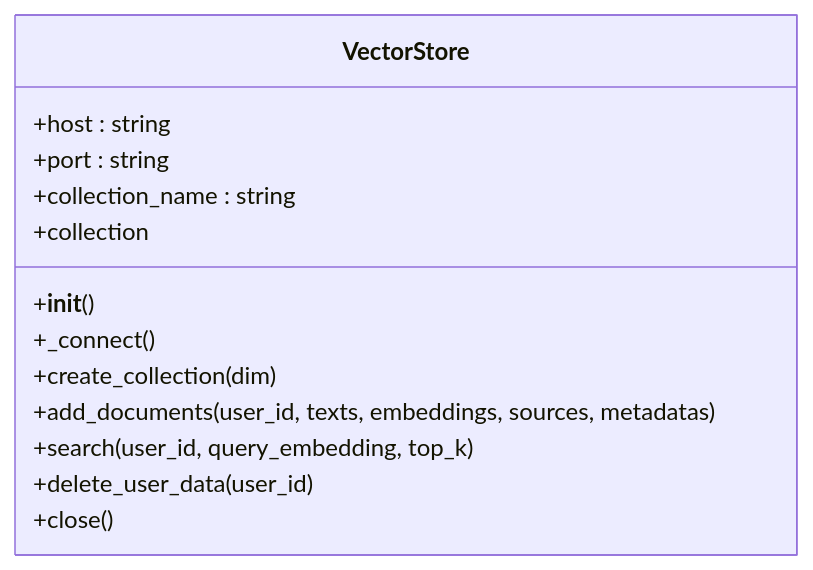
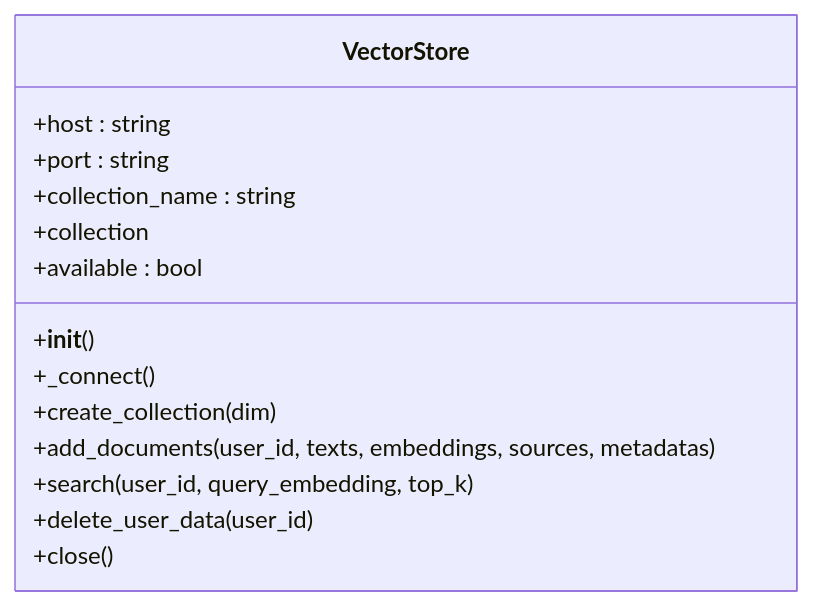
One commit to ghbbn053-ship-itsoulddog/soulddog changed the third of 10 diagrams in .qoder/repowiki/zh/content/AI智能问答系统/向量数据库集成.md. Above: the diagram before and after it, drawn with Mermaid. The commit also changed other lines of this file and 12 other files, not shown here.

````diff
--- a/.qoder/repowiki/zh/content/AI智能问答系统/向量数据库集成.md
+++ b/.qoder/repowiki/zh/content/AI智能问答系统/向量数据库集成.md
@@ -129,16 +148,17 @@
 ```mermaid
 classDiagram
 class VectorStore {
 +host : string
 +port : string
 +collection_name : string
 +collection
++available : bool
 +__init__()
 +_connect()
 +create_collection(dim)
 +add_documents(user_id, texts, embeddings, sources, metadatas)
 +search(user_id, query_embedding, top_k)
 +delete_user_data(user_id)
 +close()
 }
 ```
````
